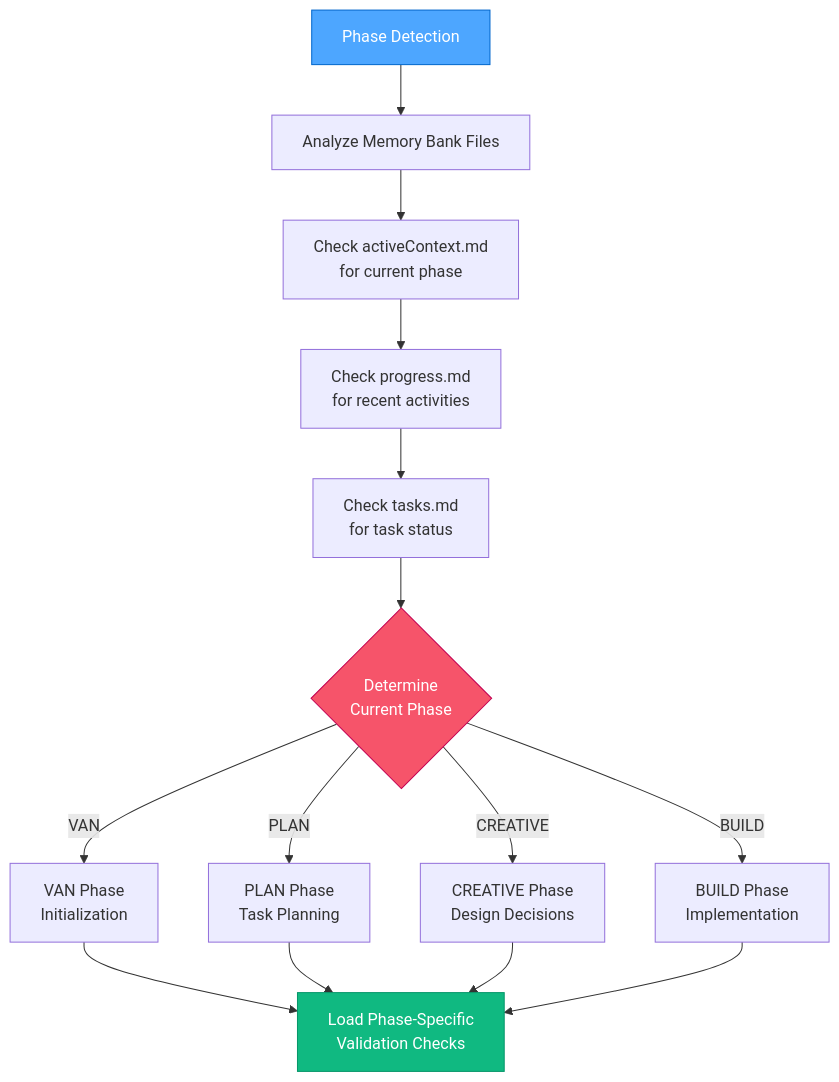
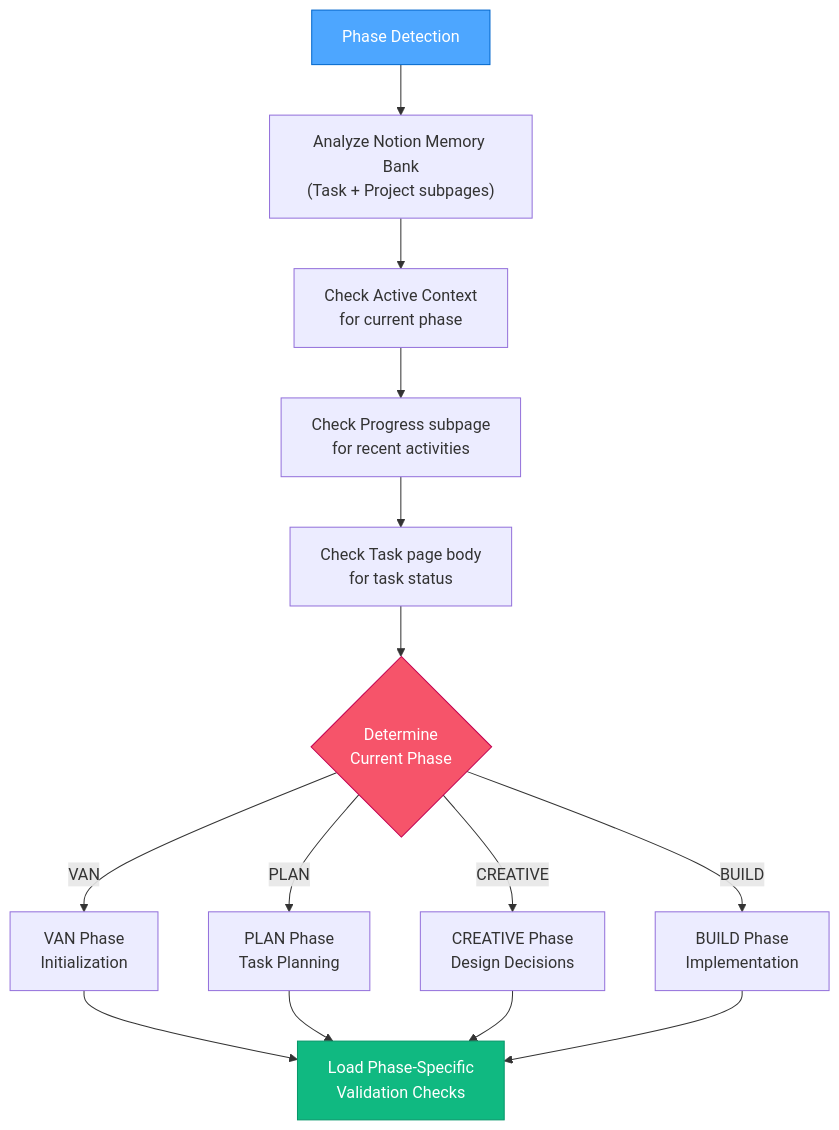
Before and after one commit to xianzhu21/cursor-memory-notion: the second of 10 diagrams in .cursor/rules/isolation_rules/visual-maps/qa-mode-map.mdc, drawn with Mermaid. The commit also changed other lines of this file and 37 other files, not shown here.

First line of the commit message:
feat: align Memory Bank rules with file-based terminology

````diff
--- a/.cursor/rules/isolation_rules/visual-maps/qa-mode-map.mdc
+++ b/.cursor/rules/isolation_rules/visual-maps/qa-mode-map.mdc
@@ -65,19 +66,19 @@
 ```mermaid
 graph TD
-    PD["Phase Detection"] --> CheckMB["Analyze Memory Bank Files"]
-    CheckMB --> CheckActive["Check activeContext.md<br>for current phase"]
-    CheckActive --> CheckProgress["Check progress.md<br>for recent activities"]
-    CheckProgress --> CheckTasks["Check tasks.md<br>for task status"]
+    PD["Phase Detection"] --> CheckMB["Analyze Notion Memory Bank<br>(Task + Project subpages)"]
+    CheckMB --> CheckActive["Check Active Context<br>for current phase"]
+    CheckActive --> CheckProgress["Check Progress subpage<br>for recent activities"]
+    CheckProgress --> CheckTasks["Check Task page body<br>for task status"]
     
     CheckTasks --> PhaseResult{"Determine<br>Current Phase"}
     PhaseResult -->|"VAN"| VAN["VAN Phase<br>Initialization"]
     PhaseResult -->|"PLAN"| PLAN["PLAN Phase<br>Task Planning"]
     PhaseResult -->|"CREATIVE"| CREATIVE["CREATIVE Phase<br>Design Decisions"]
     PhaseResult -->|"BUILD"| BUILD["BUILD Phase<br>Implementation"]
     
     VAN & PLAN & CREATIVE & BUILD --> LoadChecks["Load Phase-Specific<br>Validation Checks"]
     
     style PD fill:#4da6ff,stroke:#0066cc,color:white
     style PhaseResult fill:#f6546a,stroke:#c30052,color:white
     style LoadChecks fill:#10b981,stroke:#059669,color:white
 ```
````
